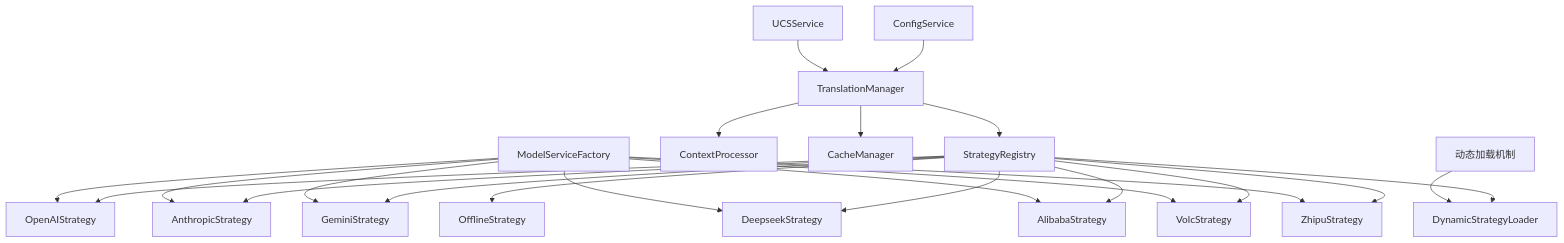
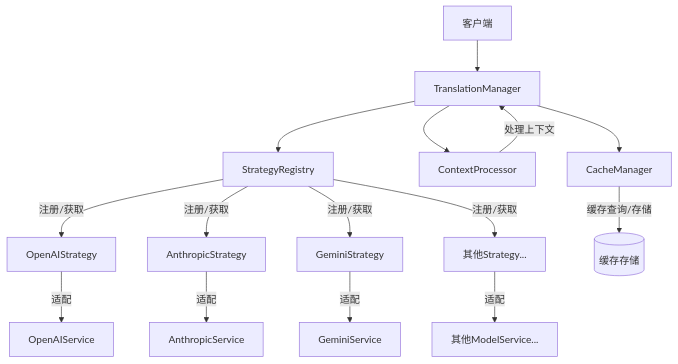
One commit to double2tea/AudioTranslator changed the diagram in docs/4_translation_strategy_service_plan.md. Above: the diagram before and after it, drawn with Mermaid. The commit also changed other lines of this file, not shown here.

````diff
--- a/docs/4_translation_strategy_service_plan.md
+++ b/docs/4_translation_strategy_service_plan.md
@@ -59,25 +75,17 @@
 ```mermaid
 graph TD
-    A[TranslationManager] --> B[StrategyRegistry]
-    B --> C1[OpenAIStrategy]
-    B --> C2[AnthropicStrategy]
-    B --> C3[GeminiStrategy]
-    B --> C4[DeepseekStrategy]
-    B --> C5[AlibabaStrategy]
-    B --> C6[VolcStrategy]
-    B --> C7[ZhipuStrategy]
-    B --> C8[OfflineStrategy]
-    B --> C9[DynamicStrategyLoader]
-    A --> D[ContextProcessor]
-    A --> E[CacheManager]
-    F[ConfigService] --> A
-    G[UCSService] --> A
-    H[ModelServiceFactory] --> C1
-    H --> C2
-    H --> C3
-    H --> C4
-    H --> C5
-    H --> C6
-    H --> C7
-    DynamicLoader[动态加载机制] --> C9
+    Client[客户端] --> TM[TranslationManager]
+    TM --> SR[StrategyRegistry]
+    TM --> CP[ContextProcessor]
+    TM --> CM[CacheManager]
+    SR --> |注册/获取| S1[OpenAIStrategy]
+    SR --> |注册/获取| S2[AnthropicStrategy]
+    SR --> |注册/获取| S3[GeminiStrategy]
+    SR --> |注册/获取| S4[其他Strategy...]
+    S1 --> |适配| MS1[OpenAIService]
+    S2 --> |适配| MS2[AnthropicService]
+    S3 --> |适配| MS3[GeminiService]
+    S4 --> |适配| MS4[其他ModelService...]
+    CM --> |缓存查询/存储| DB[(缓存存储)]
+    CP --> |处理上下文| TM
 ```
````
